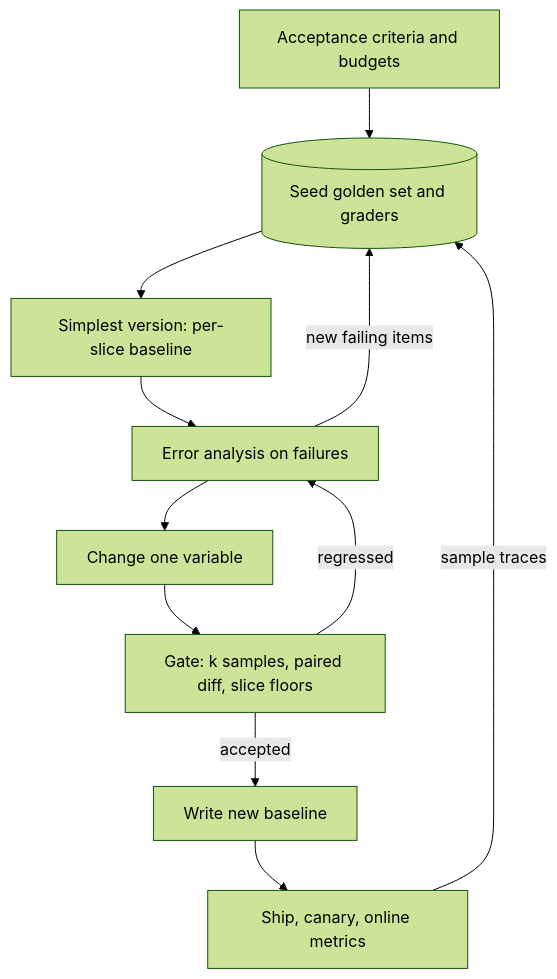
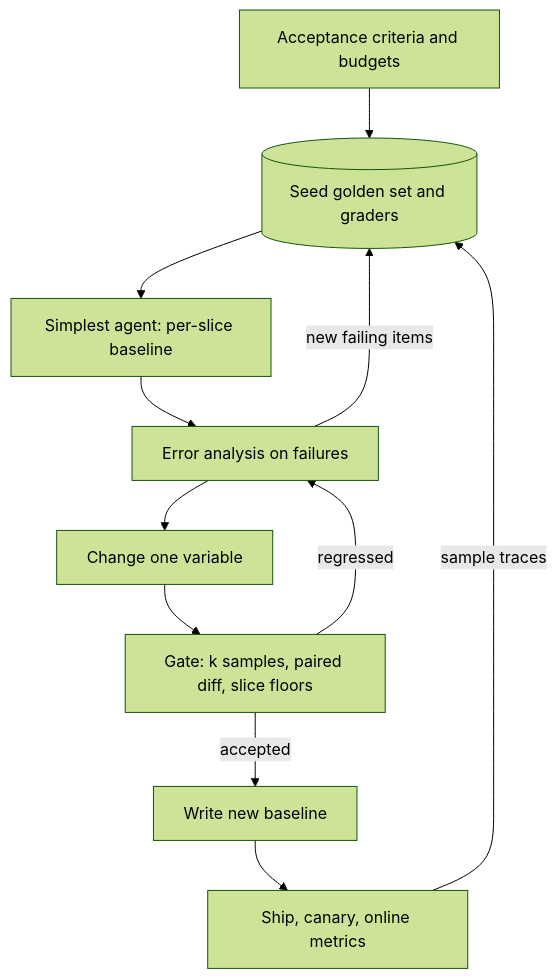
The diagram in content/evals/eval-driven-development.md (lovishmahajan97/agentic-learning), drawn with Mermaid (forest theme) before and after one commit. The commit also changed other lines of this file and 266 other files, not shown here.

````diff
--- a/content/evals/eval-driven-development.md
+++ b/content/evals/eval-driven-development.md
@@ -110,13 +136,13 @@
 ```mermaid
 flowchart TD
     C["Acceptance criteria and budgets"] --> G[("Seed golden set and graders")]
-    G --> B["Simplest version: per-slice baseline"]
+    G --> B["Simplest agent: per-slice baseline"]
     B --> E["Error analysis on failures"]
     E -->|"new failing items"| G
     E --> X["Change one variable"]
     X --> P["Gate: k samples, paired diff, slice floors"]
     P -->|"regressed"| E
     P -->|"accepted"| A["Write new baseline"]
     A --> S["Ship, canary, online metrics"]
     S -->|"sample traces"| G
 ```
````
